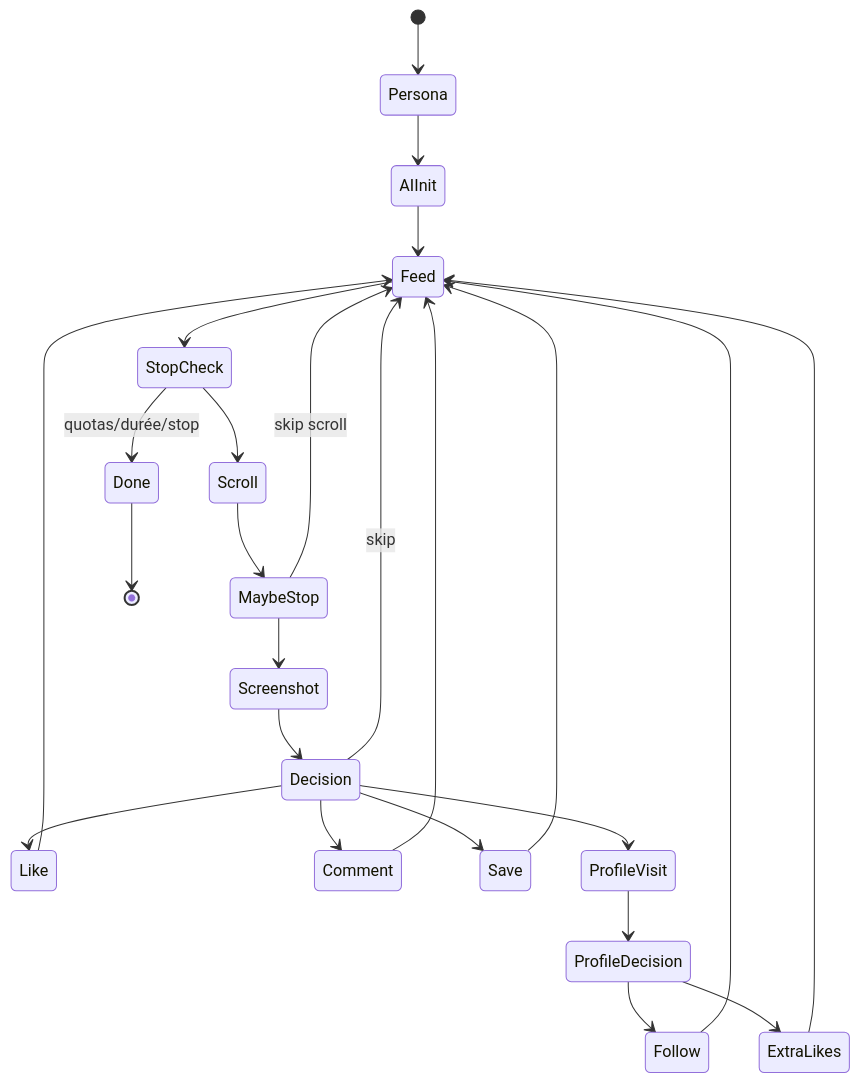
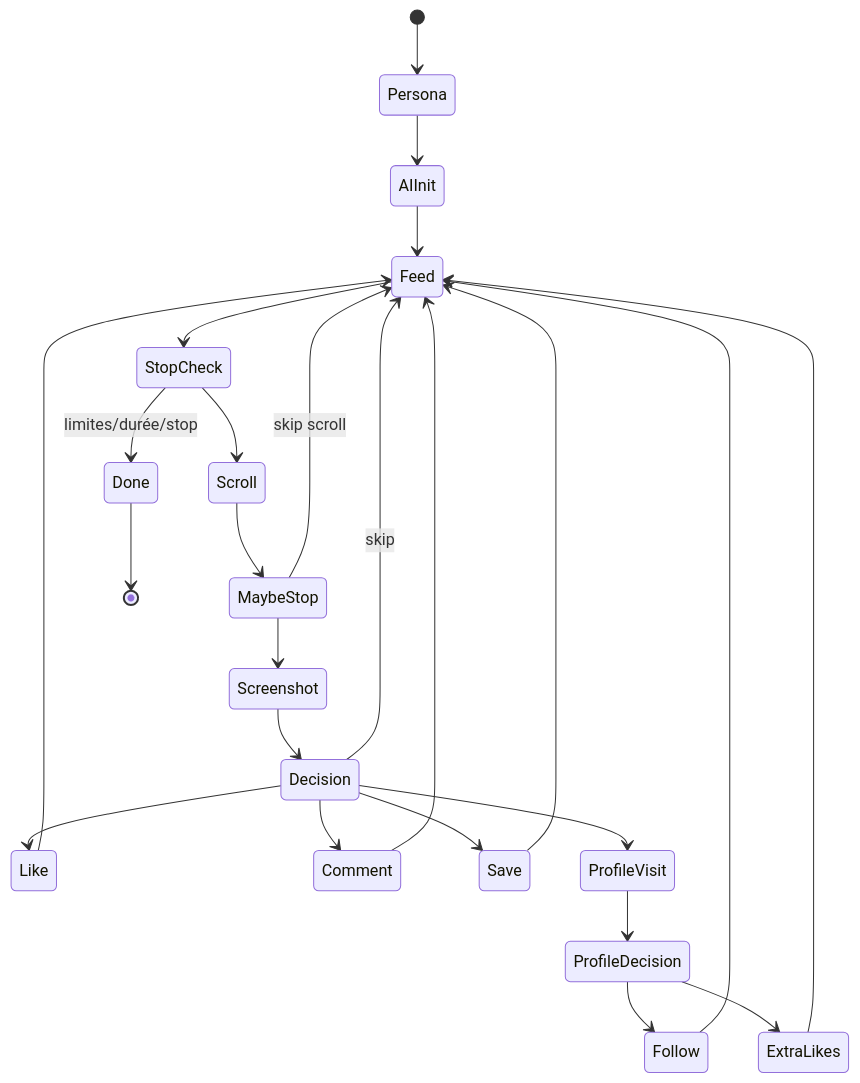
One commit to masterFuf/taktik-bot changed the second of 3 diagrams in docs/core/agent-ai.md. Above: the diagram before and after it, drawn with Mermaid. The commit also changed other lines of this file and 2 other files, not shown here.

````diff
--- a/docs/core/agent-ai.md
+++ b/docs/core/agent-ai.md
@@ -108,27 +112,27 @@
 ```mermaid
 stateDiagram-v2
     [*] --> Persona
     Persona --> AIInit
     AIInit --> Feed
     Feed --> StopCheck
-    StopCheck --> Done: quotas/durée/stop
+    StopCheck --> Done: limites/durée/stop
     StopCheck --> Scroll
     Scroll --> MaybeStop
     MaybeStop --> Feed: skip scroll
     MaybeStop --> Screenshot
     Screenshot --> Decision
     Decision --> Like
     Decision --> Comment
     Decision --> Save
     Decision --> ProfileVisit
     Decision --> Feed: skip
     ProfileVisit --> ProfileDecision
     ProfileDecision --> Follow
     ProfileDecision --> ExtraLikes
     Follow --> Feed
     ExtraLikes --> Feed
     Like --> Feed
     Comment --> Feed
     Save --> Feed
     Done --> [*]
 ```
````
